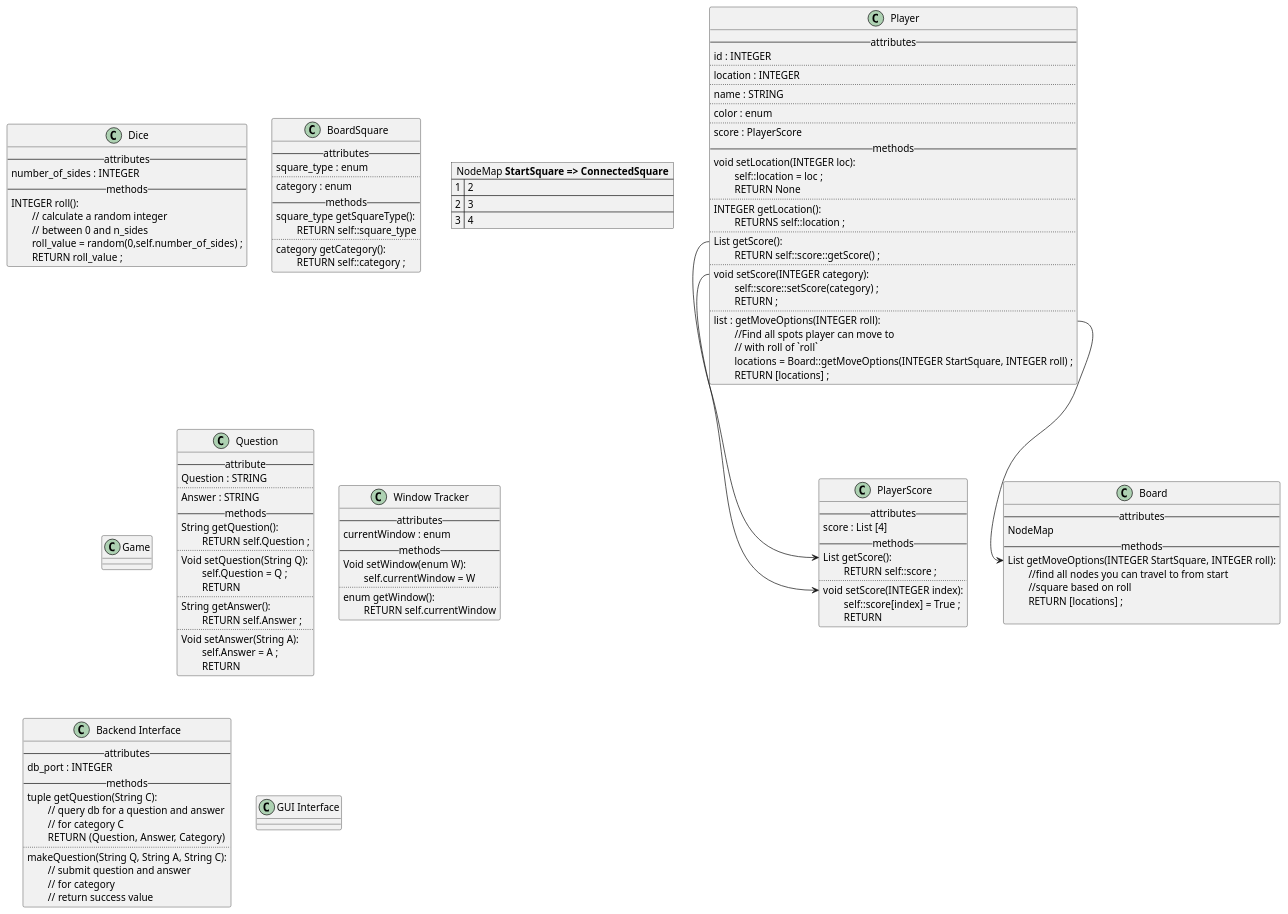
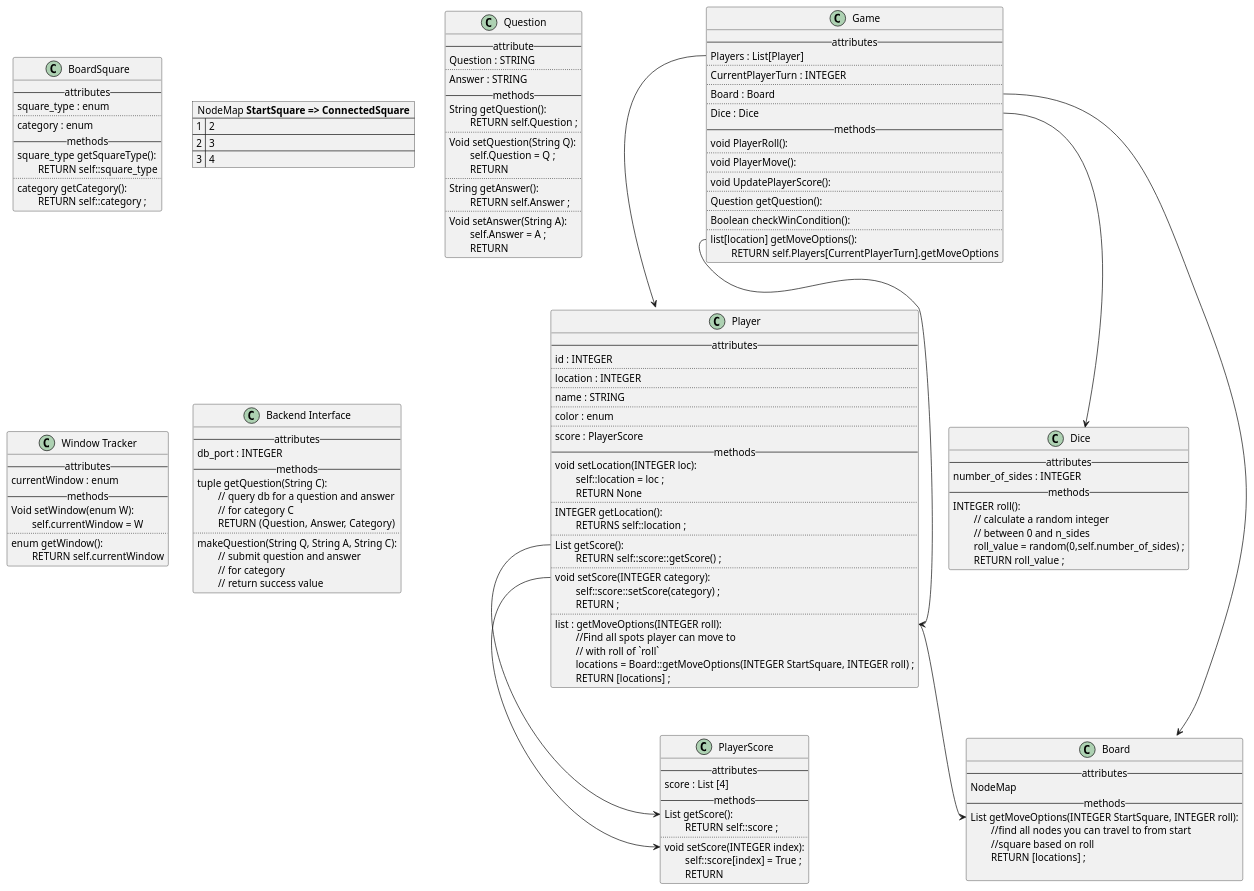
Before and after one commit to ttimmer2/TrivialCompute: the diagram in Class_Diagrams/pseudocode.puml, drawn with PlantUML. The commit also changed 1 other file, not shown here.

```diff
--- a/Class_Diagrams/pseudocode.puml
+++ b/Class_Diagrams/pseudocode.puml
@@ -1,162 +1,187 @@
 @startuml
 ' Class definitions and pseudocode
 class Player {
   --attributes--
   id : INTEGER
   ..
   location : INTEGER
   ..
   name : STRING
   ..
   color : enum
   ..
   score : PlayerScore
   --methods--
   void setLocation(INTEGER loc):
   \tself::location = loc ;
   \tRETURN None
   ..
   INTEGER getLocation():
   \tRETURNS self::location ;
   ..
   List getScore():
   \tRETURN self::score::getScore() ;
   ..
   void setScore(INTEGER category):
   \tself::score::setScore(category) ;
   \tRETURN ;
   ..
   list : getMoveOptions(INTEGER roll):
   \t//Find all spots player can move to
   \t// with roll of `roll`
   \tlocations = Board::getMoveOptions(INTEGER StartSquare, INTEGER roll) ;
   \tRETURN [locations] ;
 }
 
 class PlayerScore{
   --attributes--
   score : List [4]
   --methods--
   List getScore():
   \tRETURN self::score ;
   ..
   void setScore(INTEGER index):
   \tself::score[index] = True ;
   \tRETURN
 }
 
 class Dice{
   --attributes--
   number_of_sides : INTEGER
   --methods--
   INTEGER roll():
   \t// calculate a random integer
   \t// between 0 and n_sides
   \troll_value = random(0,self.number_of_sides) ;
   \tRETURN roll_value ;
 }
 
 class BoardSquare{
   --attributes--
   square_type : enum
   ..
   category : enum
   --methods--
   square_type getSquareType():
   \tRETURN self::square_type
   ..
   category getCategory():
   \tRETURN self::category ;
 }
 
 map "NodeMap **StartSquare => ConnectedSquare**" as NodeMap {
 1 => 2
 2 => 3
 3 => 4
 }
 
 Class Game{
-  
+  --attributes--
+  Players : List[Player]
+  ..
+  CurrentPlayerTurn : INTEGER
+  ..
+  Board : Board
+  ..
+  Dice : Dice
+  --methods--
+  void PlayerRoll():
+  ..
+  void PlayerMove():
+  ..
+  void UpdatePlayerScore():
+  ..
+  Question getQuestion():
+  ..
+  Boolean checkWinCondition():
+  ..
+  list[location] getMoveOptions():
+  \tRETURN self.Players[CurrentPlayerTurn].getMoveOptions
 }
 
 Class Board{
   --attributes--
   NodeMap
   --methods--
   List getMoveOptions(INTEGER StartSquare, INTEGER roll):
   \t//find all nodes you can travel to from start
   \t//square based on roll
   \tRETURN [locations] ;
 
 }
 
 Class Question{
   --attribute--
   Question : STRING
   ..
   Answer : STRING
   --methods--
   String getQuestion():
   \tRETURN self.Question ;
   ..
   Void setQuestion(String Q):
   \tself.Question = Q ;
   \tRETURN
   ..
   String getAnswer():
   \tRETURN self.Answer ;
   ..
   Void setAnswer(String A):
   \tself.Answer = A ;
   \tRETURN
 }
 
 Class "Window Tracker"{
   --attributes--
   currentWindow : enum
   --methods--
   Void setWindow(enum W):
   \tself.currentWindow = W
   ..
   enum getWindow():
   \tRETURN self.currentWindow
 }
 
 Class "Backend Interface"{
     --attributes--
     db_port : INTEGER
     --methods--
     tuple getQuestion(String C):
     \t// query db for a question and answer
     \t// for category C
     \tRETURN (Question, Answer, Category)
     ..
     makeQuestion(String Q, String A, String C):
     \t// submit question and answer
     \t// for category
     \t// return success value
 }
 
-Class "GUI Interface"{
-
-}
-
 ' attribute connections
 'Player::location <-- Player::getLocation
 'Player::location <-- Player::setLocation
 Player::getScore --> PlayerScore::getScore
 Player::setScore --> PlayerScore::setScore
 Player::getMoveOptions --> Board::getMoveOptions
+Game::Players --> Player
+Game::Board --> Board
+Game::Dice --> Dice
+Game::getMoveOptions --> Player::getMoveOptions
 
 /'
+
+Class "GUI Interface"{
+
+}
+
     When Given <some precondition>
 
 And <additional preconditions> Optional
 
 When <an action/trigger occurs>
 
 Then <some post condition>
 
 And <additional post conditions> Optional
 '/
 @enduml
```
